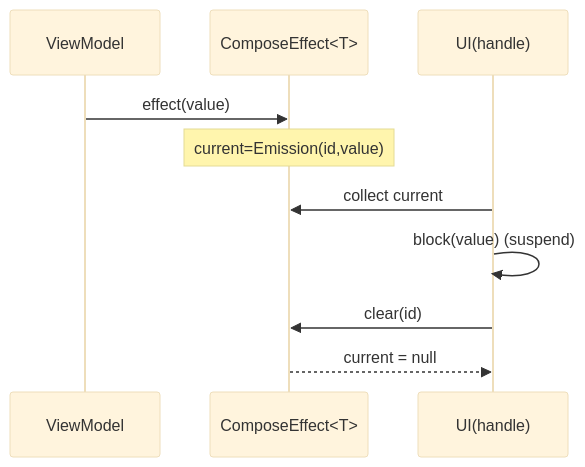
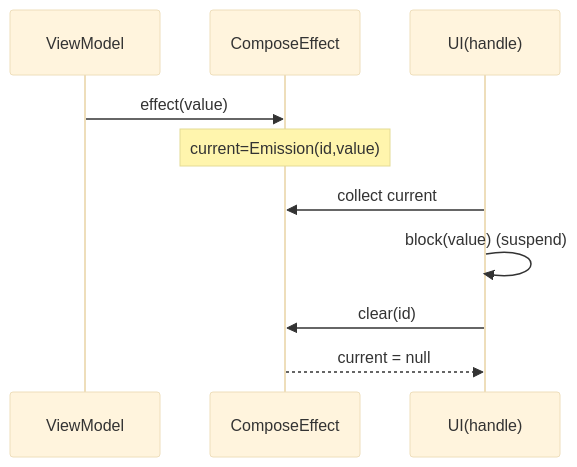
The second of 3 diagrams in _posts/2026/02/2026-02-17-viewmodel-single-event.md (kez-lab/kez-lab.github.io), drawn with Mermaid (base theme) before and after one commit. The commit also changed other lines of this file, not shown here.

Commit message:
fix: remove mermaid generic syntax from 4.1 flow labels

````diff
--- a/_posts/2026/02/2026-02-17-viewmodel-single-event.md
+++ b/_posts/2026/02/2026-02-17-viewmodel-single-event.md
@@ -125,13 +125,13 @@
 ```mermaid
 sequenceDiagram
   participant VM as ViewModel
-  participant CE as ComposeEffect<T>
+  participant CE as ComposeEffect
   participant UI as UI(handle)
 
   VM->>CE: effect(value)
   Note over CE: current=Emission(id,value)
   UI->>CE: collect current
   UI->>UI: block(value) (suspend)
   UI->>CE: clear(id)
   CE-->>UI: current = null
 ```
````
